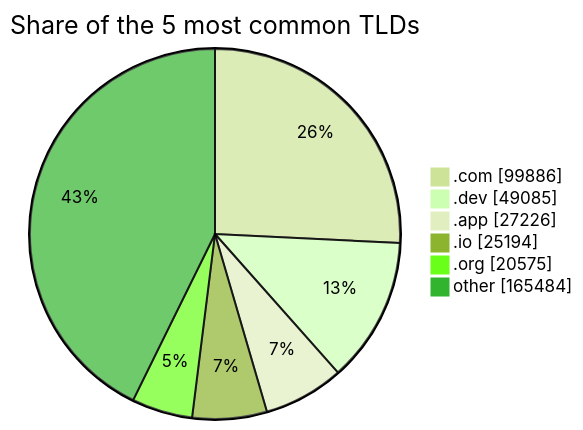
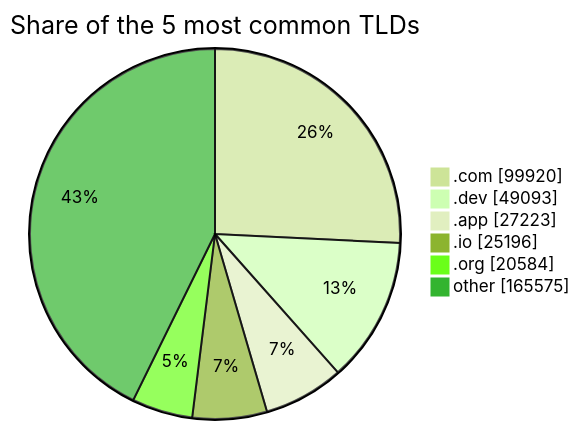
The third of 3 diagrams in README.md (DNSBunker/CTI), drawn with Mermaid (forest theme) before and after one commit. The commit also changed other lines of this file and 3 other files, not shown here.

````diff
--- a/README.md
+++ b/README.md
@@ -81,9 +81,9 @@
 ```mermaid
 pie showData title Share of the 5 most common TLDs
-    ".com" : 99886
-    ".dev" : 49085
-    ".app" : 27226
-    ".io" : 25194
-    ".org" : 20575
-    "other" : 165484
+    ".com" : 99920
+    ".dev" : 49093
+    ".app" : 27223
+    ".io" : 25196
+    ".org" : 20584
+    "other" : 165575
 ```
````
